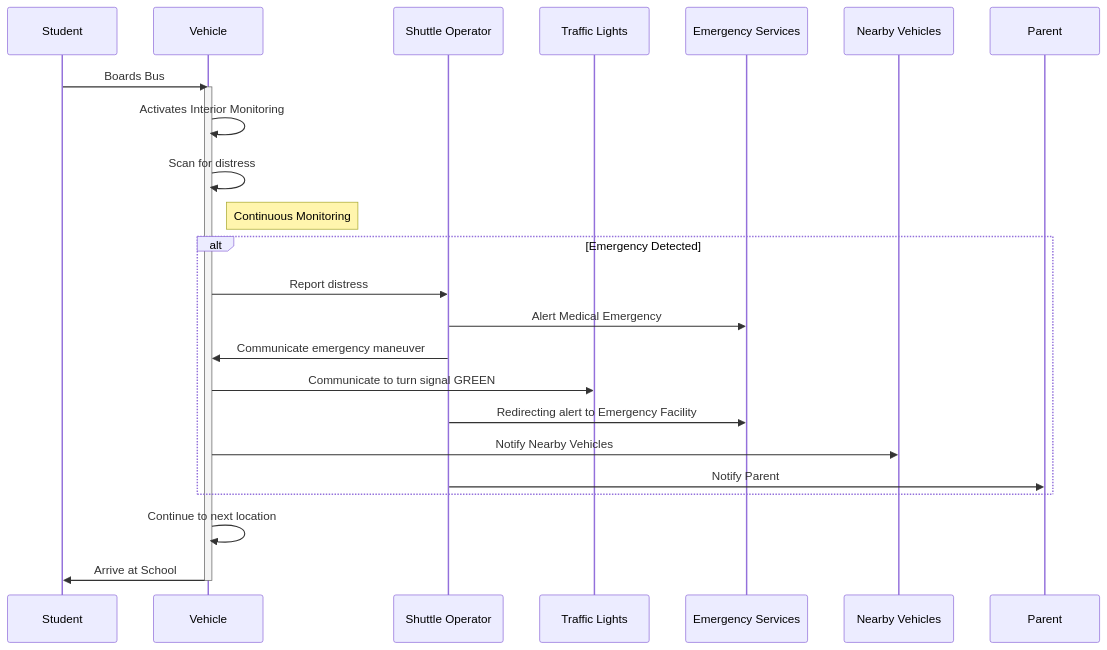
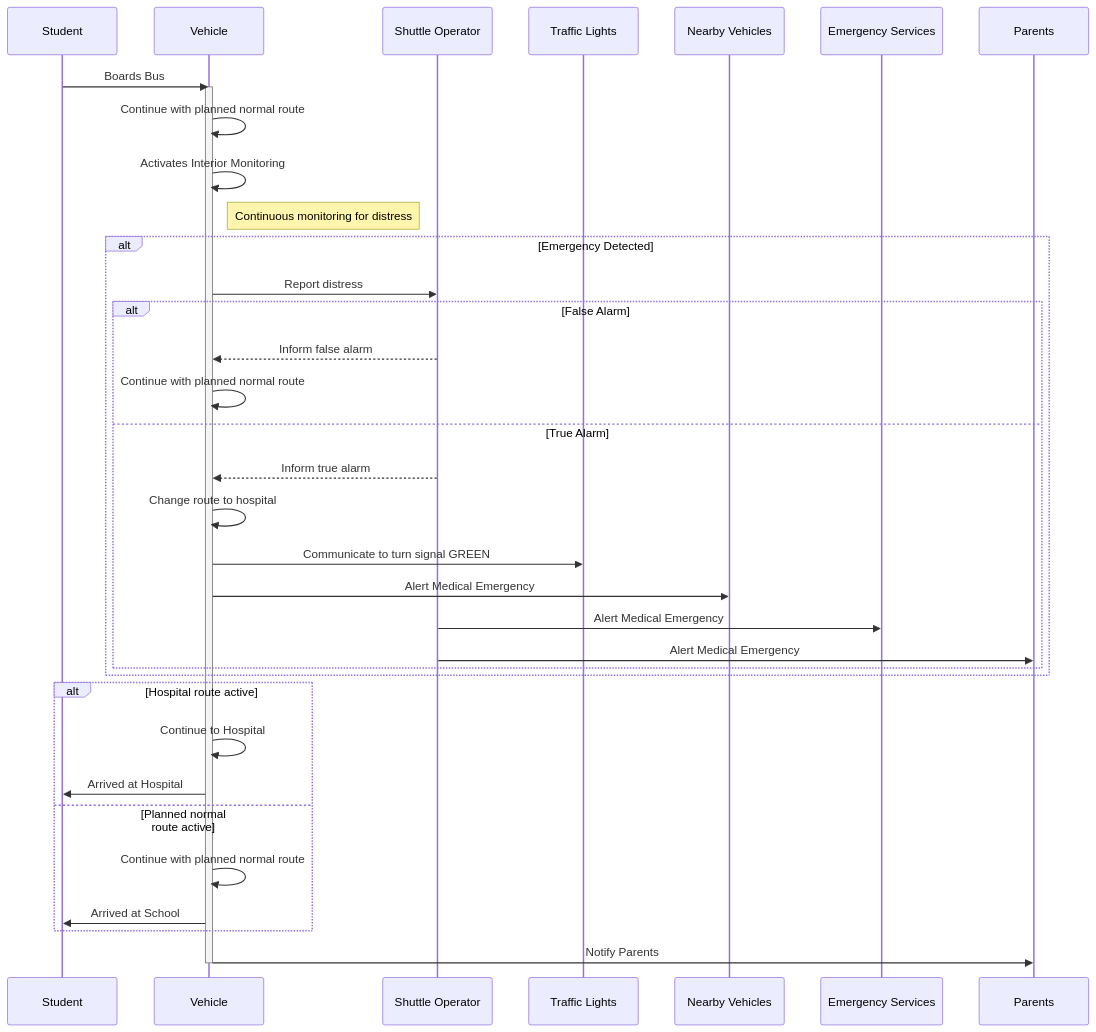
The fourth of 4 diagrams in README.md (Jy-Lau/ad_system_main), drawn with Mermaid before and after one commit. The commit also changed other lines of this file, not shown here.

````diff
--- a/README.md
+++ b/README.md
@@ -104,28 +104,39 @@
 ```mermaid
 sequenceDiagram
     participant Student
     participant Vehicle
     participant Shuttle Operator
     participant Traffic Lights
+    participant Nearby Vehicles
     participant Emergency Services
-    participant Nearby Vehicles
-    participant Parent
+    participant Parents
 
     Student->>Vehicle: Boards Bus
     activate Vehicle
+    Vehicle->>Vehicle: Continue with planned normal route
     Vehicle->>Vehicle: Activates Interior Monitoring
-    Vehicle->>Vehicle: Scan for distress
-    note right of Vehicle: Continuous Monitoring
+    note right of Vehicle: Continuous monitoring for distress
     alt Emergency Detected
         Vehicle->>Shuttle Operator: Report distress
-        Shuttle Operator->>Emergency Services: Alert Medical Emergency
-        Shuttle Operator->>Vehicle: Communicate emergency maneuver
-        Vehicle->>Traffic Lights: Communicate to turn signal GREEN
-        Shuttle Operator->>Emergency Services: Redirecting alert to Emergency Facility
-        Vehicle->>Nearby Vehicles: Notify Nearby Vehicles
-        Shuttle Operator->>Parent: Notify Parent
+        alt False Alarm
+            Shuttle Operator-->>Vehicle: Inform false alarm
+            Vehicle->>Vehicle: Continue with planned normal route
+        else True Alarm
+            Shuttle Operator-->>Vehicle: Inform true alarm
+            Vehicle->>Vehicle: Change route to hospital
+            Vehicle->>Traffic Lights: Communicate to turn signal GREEN
+            Vehicle->>Nearby Vehicles: Alert Medical Emergency
+            Shuttle Operator->>Emergency Services: Alert Medical Emergency
+            Shuttle Operator->>Parents: Alert Medical Emergency
+        end
     end
-    Vehicle->>Vehicle: Continue to next location
-    Vehicle->>Student: Arrive at School
+    alt Hospital route active
+        Vehicle->>Vehicle: Continue to Hospital
+        Vehicle->>Student: Arrived at Hospital
+    else Planned normal route active
+        Vehicle->>Vehicle: Continue with planned normal route
+        Vehicle->>Student: Arrived at School
+    end
+    Vehicle->>Parents: Notify Parents
     deactivate Vehicle
 ```
````
